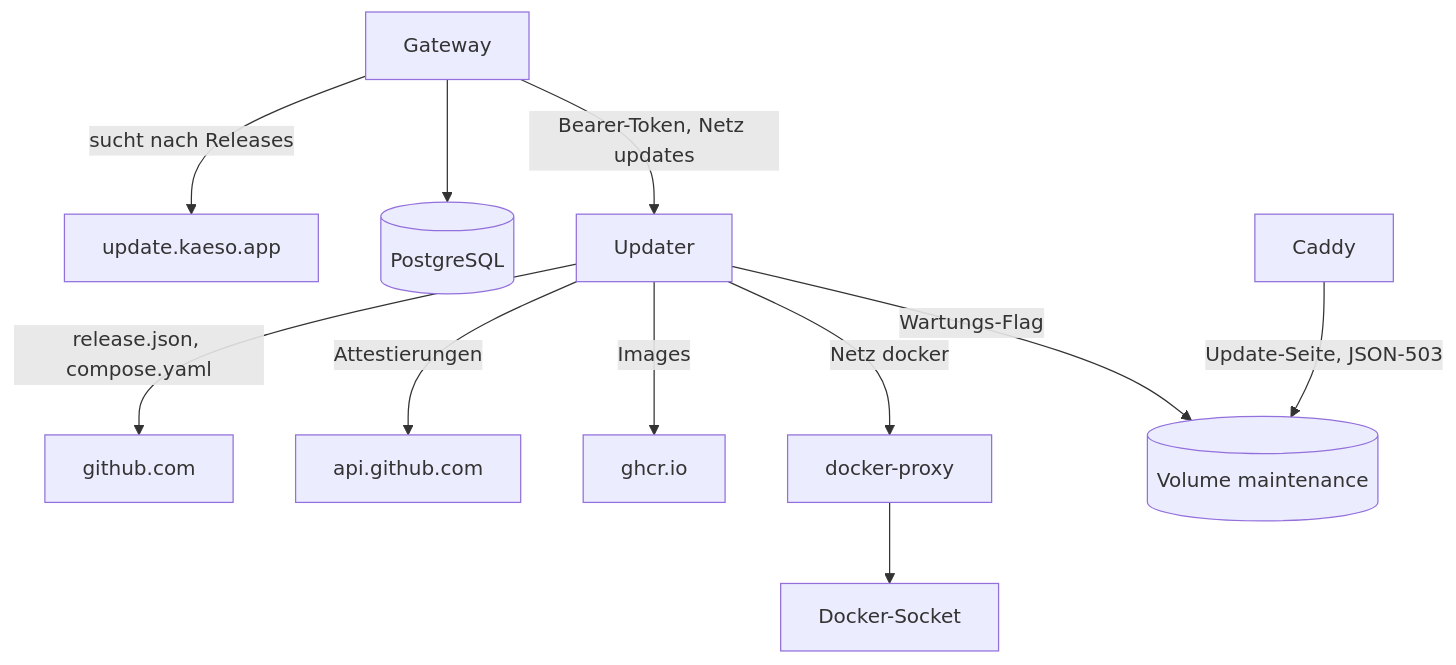
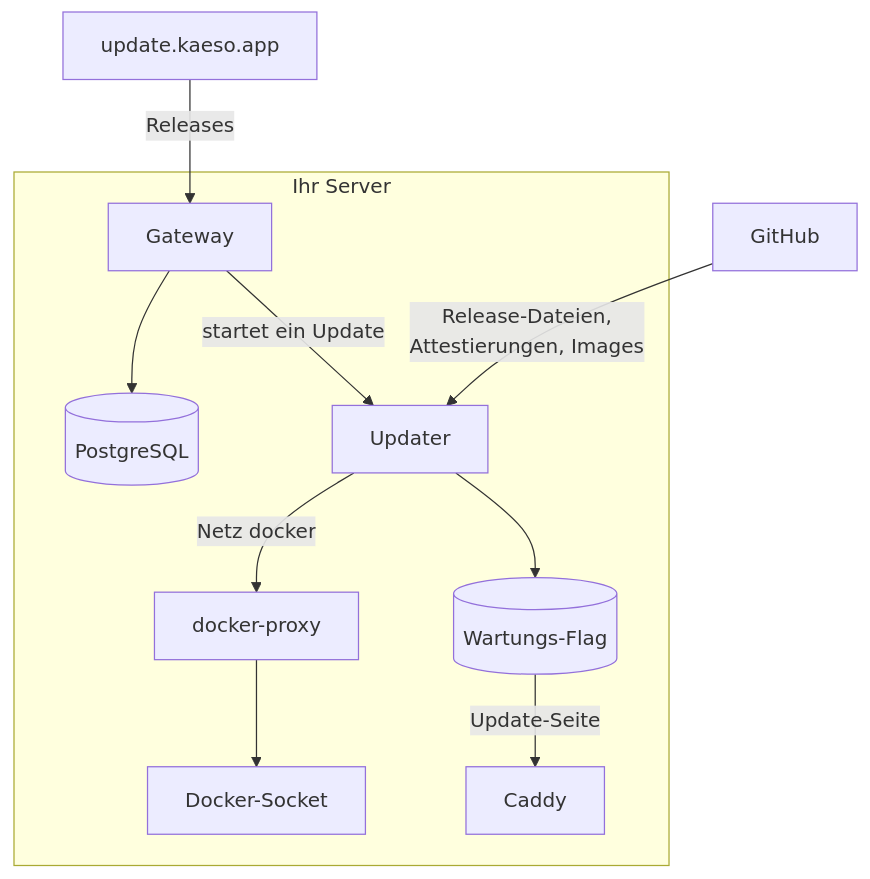
The diagram in apps/docs/content/de/development/architecture/updates.md (logicplanes/kaeso), drawn with Mermaid before and after one commit. The commit also changed 89 other files, not shown here.

First line of the commit message:
Redraw the development pages' diagrams around what a contributor changes

````diff
--- a/apps/docs/content/de/development/architecture/updates.md
+++ b/apps/docs/content/de/development/architecture/updates.md
@@ -9,15 +9,23 @@
 ```mermaid
 flowchart TD
   accTitle: Wie eine Installation von Releases erfährt und sich aktualisiert
-  accDescr: Das Gateway fragt update.kaeso.app nach Releases ab, hält seinen Zustand in PostgreSQL und ruft den Updater über das interne Netz updates mit einem Bearer-Token auf. Der Updater holt release.json und compose.yaml von github.com, Attestierungen von api.github.com und Images von ghcr.io, erreicht Docker nur über docker-proxy im internen Netz docker und schreibt das Wartungs-Flag, das Caddy liest, um die Update-Seite und die JSON-503 auszuliefern.
-  gateway[Gateway] -- sucht nach Releases --> releases[update.kaeso.app]
-  gateway --> postgres[(PostgreSQL)]
-  gateway -- Bearer-Token, Netz updates --> updater[Updater]
-  updater -- release.json, compose.yaml --> github[github.com]
-  updater -- Attestierungen --> api[api.github.com]
-  updater -- Images --> ghcr[ghcr.io]
-  updater -- Netz docker --> proxy[docker-proxy]
-  proxy --> socket[Docker-Socket]
-  updater -- Wartungs-Flag --> maintenance[(Volume maintenance)]
-  caddy[Caddy] -- Update-Seite, JSON-503 --> maintenance
+  accDescr: Das Gateway holt die Liste der Releases von update.kaeso.app, hält seinen Update-Zustand in PostgreSQL und startet ein Update beim Updater mit einem Bearer-Token über das interne Netz updates. Der Updater holt release.json und compose.yaml von github.com, Attestierungen von api.github.com und Images von ghcr.io. Er erreicht den Docker-Socket nur über docker-proxy im internen Netz docker und schreibt das Wartungs-Flag, das Caddy liest, um die Update-Seite und die JSON-503 auszuliefern.
+  feed[update.kaeso.app]:::outside
+  github[GitHub]:::outside
+  subgraph server [Ihr Server]
+    gateway[Gateway]:::accent
+    postgres[(PostgreSQL)]
+    updater[Updater]
+    proxy[docker-proxy]
+    socket[Docker-Socket]
+    flag[(Wartungs-Flag)]
+    caddy[Caddy]
+  end
+  feed -- Releases --> gateway
+  gateway --> postgres
+  gateway -- startet ein Update --> updater
+  github -- Release-Dateien,<br>Attestierungen, Images --> updater
+  updater -- Netz docker --> proxy --> socket
+  updater --> flag
+  flag -- Update-Seite --> caddy
 ```
````
